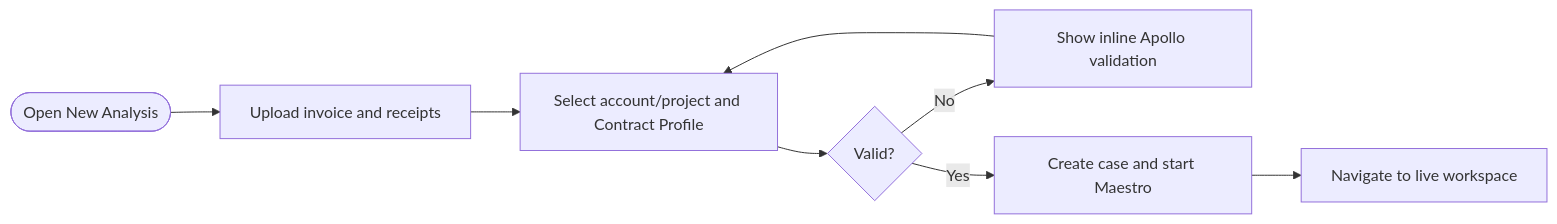
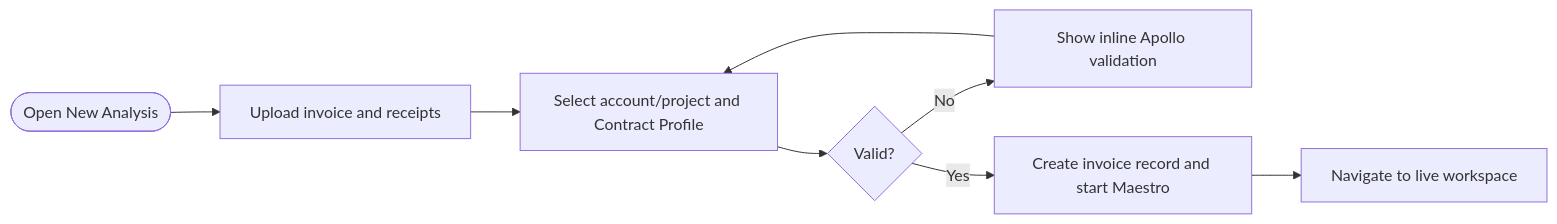
Before and after one commit to jrumpza-uip/healthcare-invoice-assurance: the first of 2 diagrams in docs/superpowers/specs-joe/invoice-assurance-main-app-sdd.md, drawn with Mermaid. The commit also changed other lines of this file and 77 other files, not shown here.

````diff
--- a/docs/superpowers/specs-joe/invoice-assurance-main-app-sdd.md
+++ b/docs/superpowers/specs-joe/invoice-assurance-main-app-sdd.md
@@ -186,10 +279,10 @@
 ```mermaid
 flowchart LR
     Start(["Open New Analysis"]) --> Upload["Upload invoice and receipts"]
     Upload --> Select["Select account/project and Contract Profile"]
     Select --> Validate{"Valid?"}
     Validate -->|No| Fix["Show inline Apollo validation"]
     Fix --> Select
-    Validate -->|Yes| Submit["Create case and start Maestro"]
+    Validate -->|Yes| Submit["Create invoice record and start Maestro"]
     Submit --> Workspace["Navigate to live workspace"]
 ```
````
